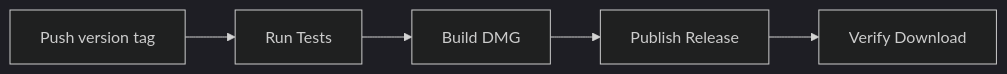
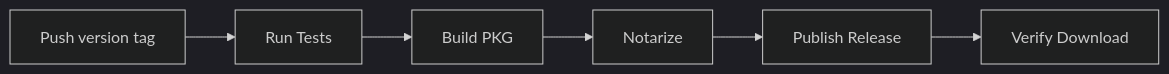
Before and after one commit to msg43/Knowledge_Chipper: the diagram in docs/DAEMON_RELEASE_PROCESS.md, drawn with Mermaid (dark theme). The commit also changed other lines of this file and 2 other files, not shown here.

````diff
--- a/docs/DAEMON_RELEASE_PROCESS.md
+++ b/docs/DAEMON_RELEASE_PROCESS.md
@@ -176,7 +176,8 @@
 ```mermaid
 flowchart LR
     A[Push version tag] --> B[Run Tests]
-    B --> C[Build DMG]
-    C --> D[Publish Release]
-    D --> E[Verify Download]
+    B --> C[Build PKG]
+    C --> D[Notarize]
+    D --> E[Publish Release]
+    E --> F[Verify Download]
 ```
````
